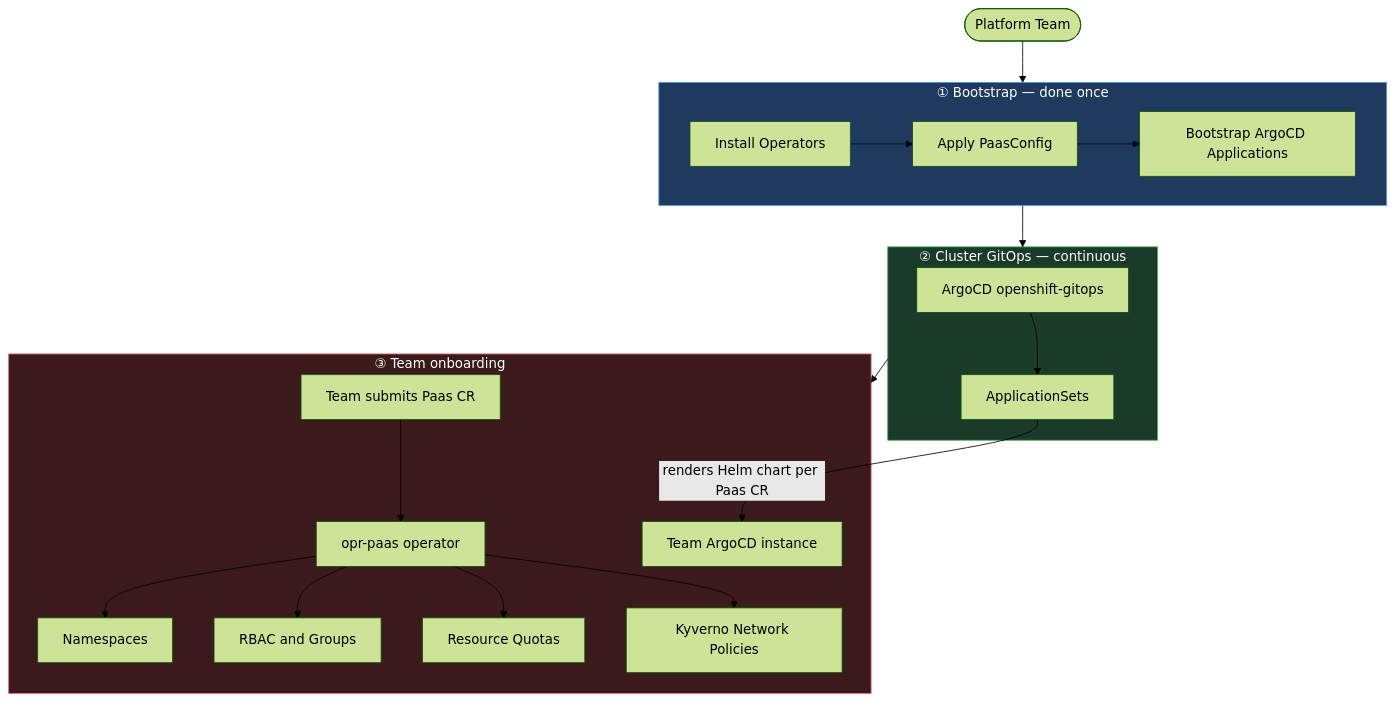
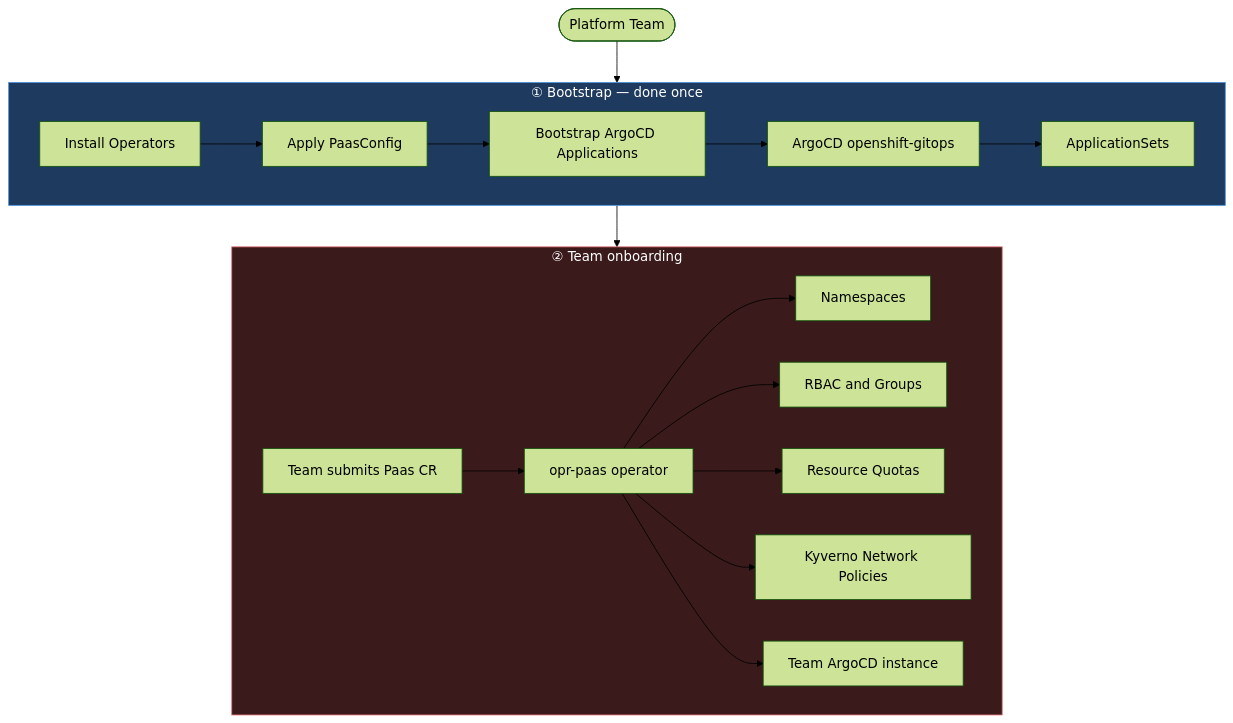
One commit to benoitschipper/paas-demo changed the diagram in README.md. Above: the diagram before and after it, drawn with Mermaid (forest theme).

````diff
--- a/README.md
+++ b/README.md
@@ -52,42 +52,37 @@
 ```mermaid
 flowchart TD
     PT([Platform Team])
 
     subgraph Bootstrap ["① Bootstrap — done once"]
         OP[Install Operators]
         PC[Apply PaasConfig]
         BA[Bootstrap ArgoCD Applications]
         OP --> PC --> BA
+        AG[ArgoCD openshift-gitops]
+        AS[ApplicationSets]
+        BA --> AG --> AS
     end
 
-    subgraph GitOps ["② Cluster GitOps — continuous"]
-        AG[ArgoCD openshift-gitops]
-        AS[ApplicationSets]
-        AG --> AS
-    end
-
-    subgraph Team ["③ Team onboarding"]
+    subgraph Team ["② Team onboarding"]
         PR[Team submits Paas CR]
         PAAS[opr-paas operator]
         NS[Namespaces]
         RBAC[RBAC and Groups]
         Q[Resource Quotas]
         KY[Kyverno Network Policies]
         ARGO[Team ArgoCD instance]
 
         PR --> PAAS
         PAAS --> NS
         PAAS --> RBAC
         PAAS --> Q
         PAAS --> KY
-        AS -->|renders Helm chart per Paas CR| ARGO
+        PAAS --> ARGO
     end
 
     PT --> Bootstrap
-    Bootstrap --> GitOps
-    GitOps --> Team
+    Bootstrap --> Team
 
     style Bootstrap fill:#1e3a5f,color:#fff,stroke:#4a90d9
-    style GitOps fill:#1a3a2a,color:#fff,stroke:#4caf50
     style Team fill:#3a1a1a,color:#fff,stroke:#e57373
 ```
````
